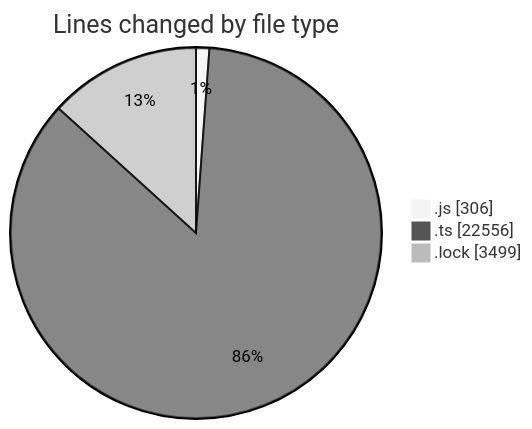
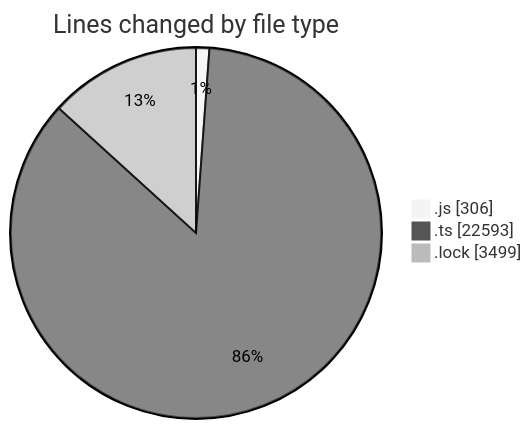
The first of 2 diagrams in 2025-05-27/cda/README.md (momahboobian/code-tracking), drawn with Mermaid (neutral theme) before and after one commit. The commit also changed other lines of this file and 1 other file, not shown here.

````diff
--- a/2025-05-27/cda/README.md
+++ b/2025-05-27/cda/README.md
@@ -28,7 +28,7 @@
 ```mermaid
 pie showData
 title Lines changed by file type
 ".js" : 306
-".ts" : 22556
+".ts" : 22593
 ".lock" : 3499
 ```
````
